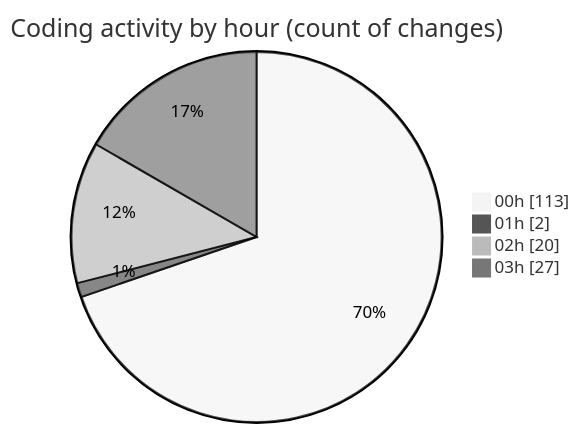
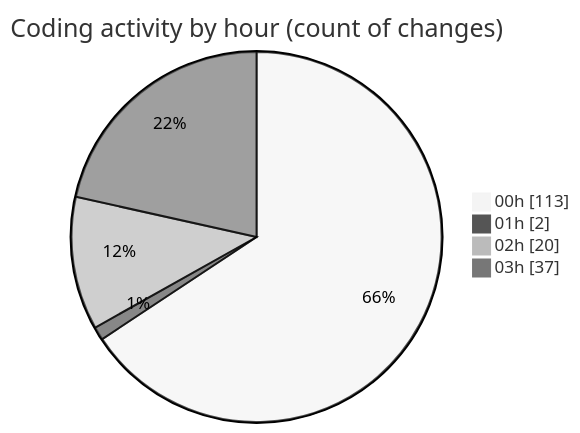
One commit to lephambinh05/code-tracking changed the second of 2 diagrams in 2025-08-06/napxuvn/README.md. Above: the diagram before and after it, drawn with Mermaid (neutral theme). The commit also changed other lines of this file and 1 other file, not shown here.

````diff
--- a/2025-08-06/napxuvn/README.md
+++ b/2025-08-06/napxuvn/README.md
@@ -112,8 +116,8 @@
 ```mermaid
 pie showData
 title Coding activity by hour (count of changes)
 "00h" : 113
 "01h" : 2
 "02h" : 20
-"03h" : 27
+"03h" : 37
 ```
````
